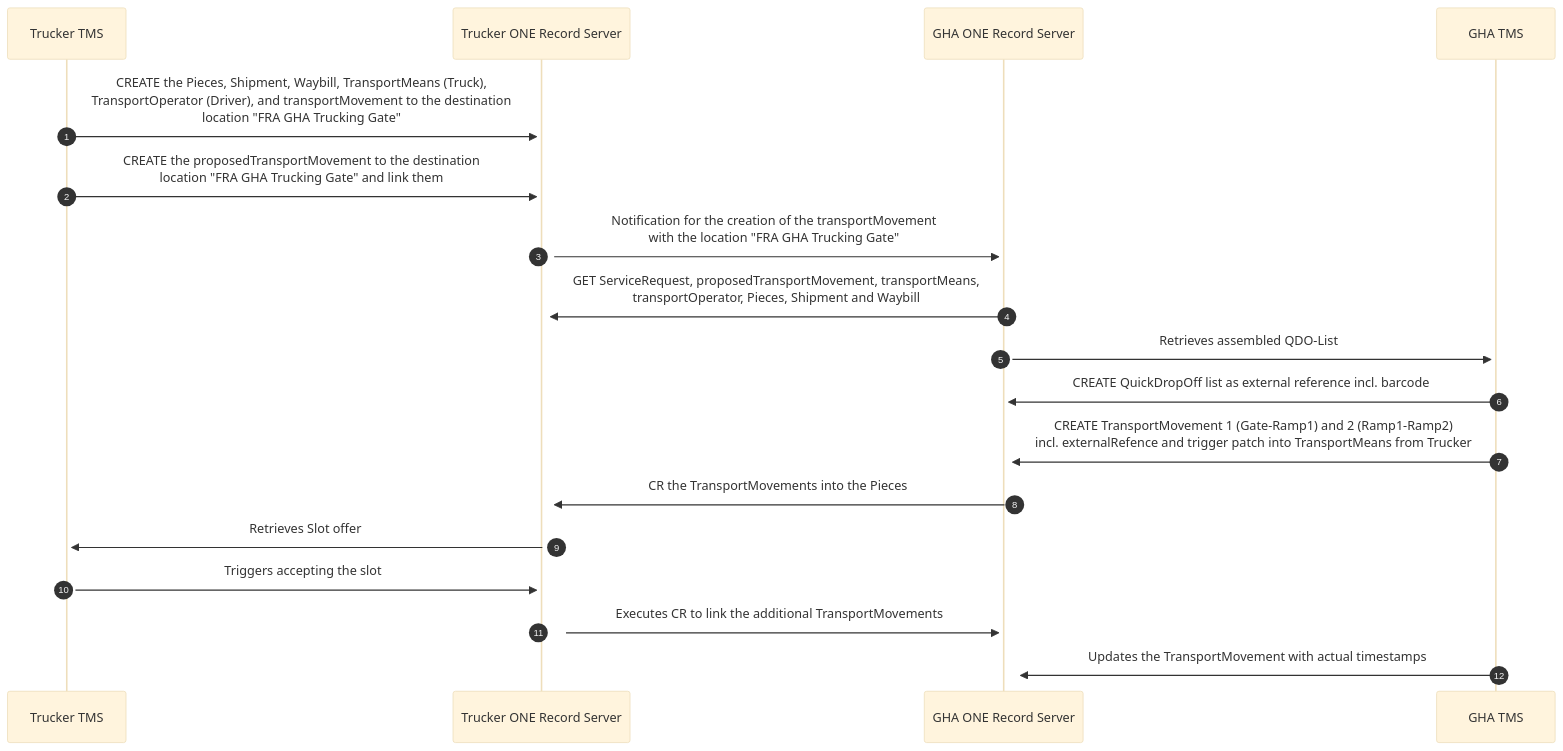
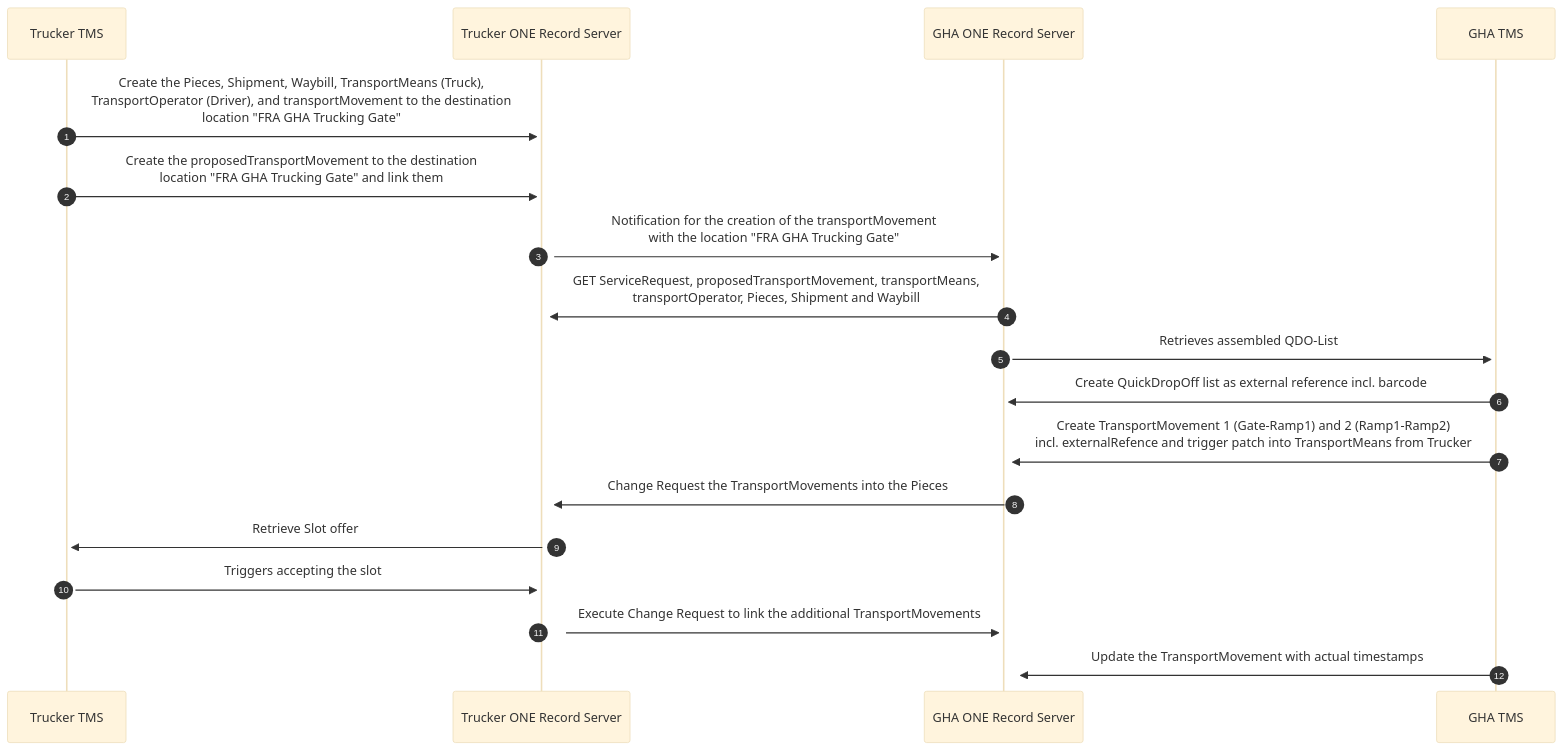
One commit to digital-cargo/good-practice-truck-preadvice changed the second of 3 diagrams in README.md. Above: the diagram before and after it, drawn with Mermaid (base theme). The commit also changed other lines of this file, not shown here.

Commit message:
Check diagrams for consistency

````diff
--- a/README.md
+++ b/README.md
@@ -155,20 +154,20 @@
 ```mermaid
 sequenceDiagram
     participant Trucker TMS
     participant Trucker ONE Record Server
     participant GHA ONE Record Server
     participant GHA TMS
     autonumber
-    Trucker TMS->>+Trucker ONE Record Server: CREATE the Pieces, Shipment, Waybill, TransportMeans (Truck), <br/> TransportOperator (Driver), and transportMovement to the destination<br/> location "FRA GHA Trucking Gate"
-    Trucker TMS->>+Trucker ONE Record Server: CREATE the proposedTransportMovement to the destination<br/> location "FRA GHA Trucking Gate" and link them 
+    Trucker TMS->>+Trucker ONE Record Server: Create the Pieces, Shipment, Waybill, TransportMeans (Truck), <br/> TransportOperator (Driver), and transportMovement to the destination<br/> location "FRA GHA Trucking Gate"
+    Trucker TMS->>+Trucker ONE Record Server: Create the proposedTransportMovement to the destination<br/> location "FRA GHA Trucking Gate" and link them 
     Trucker ONE Record Server->>+GHA ONE Record Server: Notification for the creation of the transportMovement <br/> with the location "FRA GHA Trucking Gate"
     GHA ONE Record Server->>+ Trucker ONE Record Server: GET ServiceRequest, proposedTransportMovement, transportMeans, <br/>transportOperator, Pieces, Shipment and Waybill
     GHA ONE Record Server->>+GHA TMS: Retrieves assembled QDO-List 
-    GHA TMS->>+GHA ONE Record Server: CREATE QuickDropOff list as external reference incl. barcode
-    GHA TMS->>+GHA ONE Record Server: CREATE TransportMovement 1 (Gate-Ramp1) and 2 (Ramp1-Ramp2)<br/> incl. externalRefence and trigger patch into TransportMeans from Trucker
-    GHA ONE Record Server->>+Trucker ONE Record Server: CR the TransportMovements into the Pieces 
-    Trucker ONE Record Server->>+ Trucker TMS: Retrieves Slot offer
+    GHA TMS->>+GHA ONE Record Server: Create QuickDropOff list as external reference incl. barcode
+    GHA TMS->>+GHA ONE Record Server: Create TransportMovement 1 (Gate-Ramp1) and 2 (Ramp1-Ramp2)<br/> incl. externalRefence and trigger patch into TransportMeans from Trucker
+    GHA ONE Record Server->>+Trucker ONE Record Server: Change Request the TransportMovements into the Pieces 
+    Trucker ONE Record Server->>+ Trucker TMS: Retrieve Slot offer
     Trucker TMS ->>+ Trucker ONE Record Server: Triggers accepting the slot
-    Trucker ONE Record Server ->>+ GHA ONE Record Server: Executes CR to link the additional TransportMovements
-    GHA TMS->>+GHA ONE Record Server: Updates the TransportMovement with actual timestamps 
+    Trucker ONE Record Server ->>+ GHA ONE Record Server: Execute Change Request to link the additional TransportMovements
+    GHA TMS->>+GHA ONE Record Server: Update the TransportMovement with actual timestamps 
 ```
````
